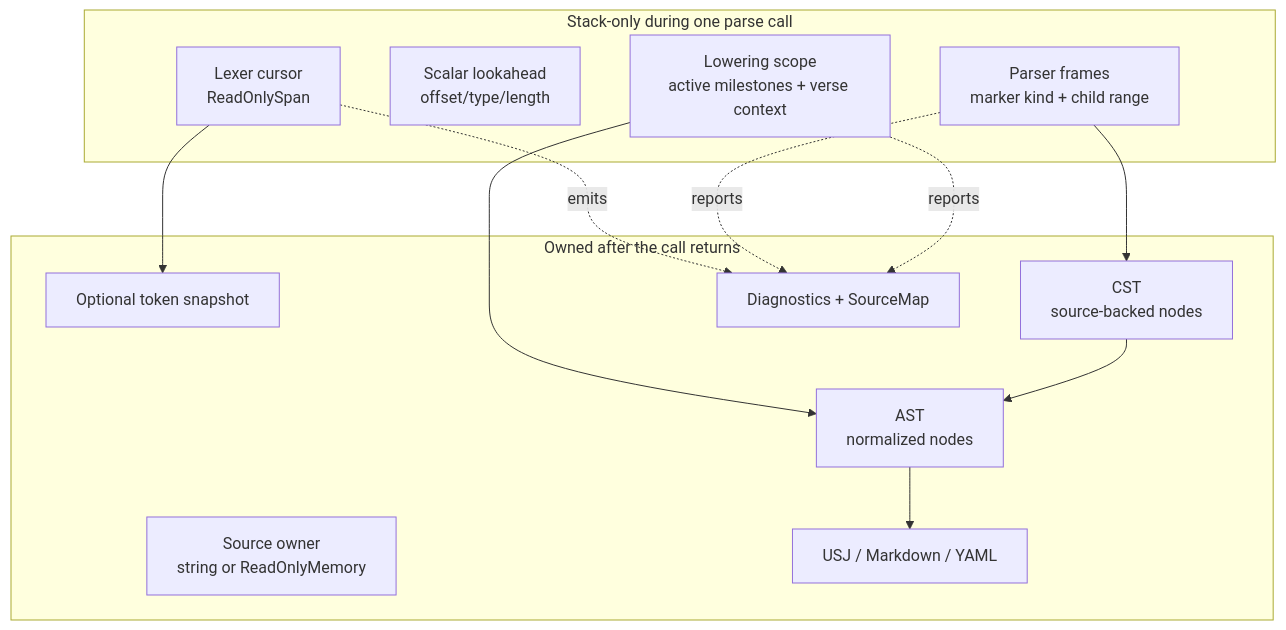
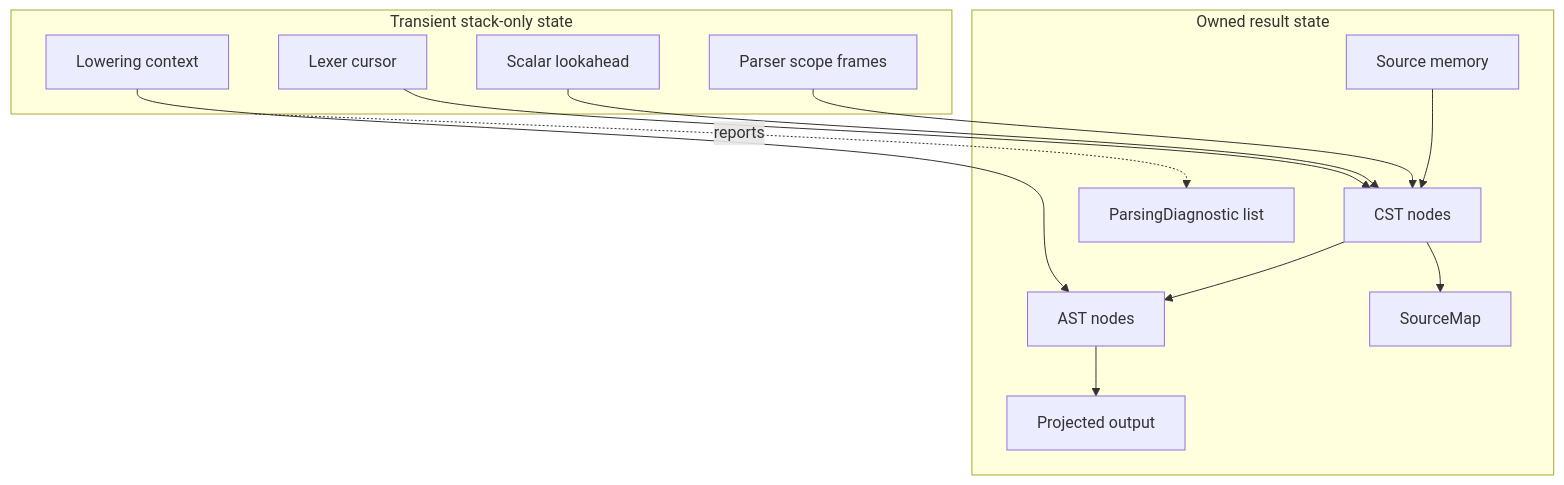
The third of 3 diagrams in docs/architecture.md (danzuep/nice-usfm-json), drawn with Mermaid before and after one commit. The commit also changed other lines of this file and 27 other files, not shown here.

````diff
--- a/docs/architecture.md
+++ b/docs/architecture.md
@@ -160,27 +106,26 @@
 ```mermaid
 flowchart TB
-    subgraph Stack[Stack-only during one parse call]
-        Cursor[Lexer cursor\nReadOnlySpan<char>]
-        Lookahead[Scalar lookahead\noffset/type/length]
-        Frames[Parser frames\nmarker kind + child range]
-        Scope[Lowering scope\nactive milestones + verse context]
+    subgraph Transient[Transient stack-only state]
+        Cursor[Lexer cursor]
+        Lookahead[Scalar lookahead]
+        Frames[Parser scope frames]
+        Lowering[Lowering context]
     end
-
-    subgraph Owned[Owned after the call returns]
-        Source[Source owner\nstring or ReadOnlyMemory<char>]
-        Tokens[Optional token snapshot]
-        Concrete[CST\nsource-backed nodes]
-        Semantic[AST\nnormalized nodes]
-        Metadata[Diagnostics + SourceMap]
-        Output[USJ / Markdown / YAML]
+    subgraph Owned[Owned result state]
+        Source[Source memory]
+        CST[CST nodes]
+        AST[AST nodes]
+        Map[SourceMap]
+        Diagnostics[ParsingDiagnostic list]
+        Output[Projected output]
     end
-
-    Cursor --> Tokens
-    Frames --> Concrete
-    Scope --> Semantic
-    Concrete --> Semantic
-    Semantic --> Output
-    Cursor -. emits .-> Metadata
-    Frames -. reports .-> Metadata
-    Scope -. reports .-> Metadata
+    Cursor --> CST
+    Lookahead --> CST
+    Frames --> CST
+    Lowering --> AST
+    Source --> CST
+    CST --> AST
+    CST --> Map
+    AST --> Output
+    Transient -. reports .-> Diagnostics
 ```
````
